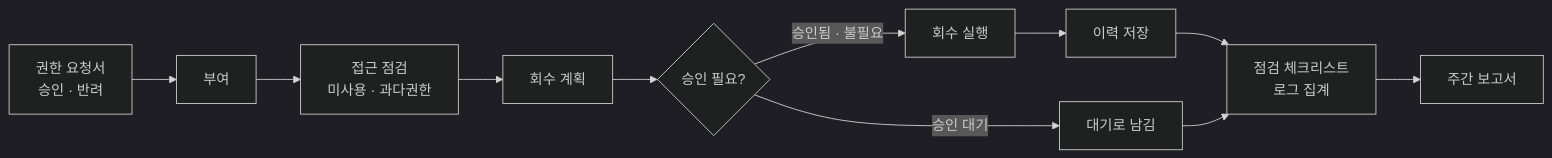
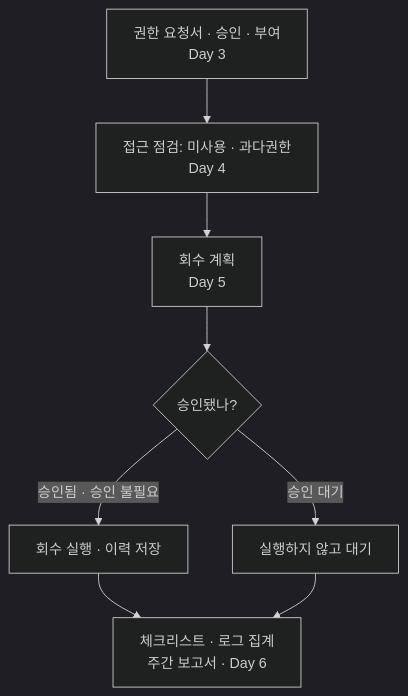
Before and after one commit to mdkk0220/security-agent-toolkit: the fourth of 4 diagrams in Readme.md, drawn with Mermaid (dark theme). The commit also changed other lines of this file, not shown here.

````diff
--- a/Readme.md
+++ b/Readme.md
@@ -165,13 +161,10 @@
 ```mermaid
-flowchart LR
-    A["권한 요청서<br/>승인 · 반려"] --> B["부여"]
-    B --> C["접근 점검<br/>미사용 · 과다권한"]
-    C --> D["회수 계획"]
-    D --> E{"승인 필요?"}
-    E -- "승인 대기" --> W["대기로 남김"]
-    E -- "승인됨 · 불필요" --> F["회수 실행"]
-    F --> G["이력 저장"]
-    G --> H["점검 체크리스트<br/>로그 집계"]
+flowchart TB
+    A["권한 요청서 · 승인 · 부여<br/>Day 3"] --> C["접근 점검: 미사용 · 과다권한<br/>Day 4"]
+    C --> D["회수 계획<br/>Day 5"]
+    D --> E{"승인됐나?"}
+    E -- "승인 대기" --> W["실행하지 않고 대기"]
+    E -- "승인됨 · 승인 불필요" --> F["회수 실행 · 이력 저장"]
+    F --> H["체크리스트 · 로그 집계<br/>주간 보고서 · Day 6"]
     W --> H
-    H --> I["주간 보고서"]
 ```
````
